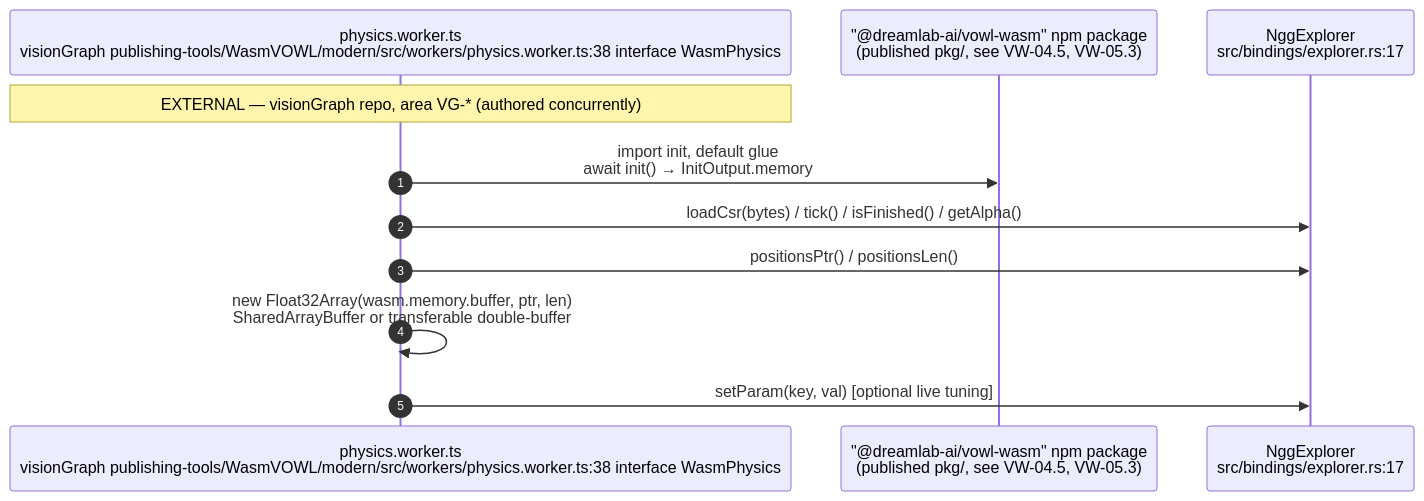
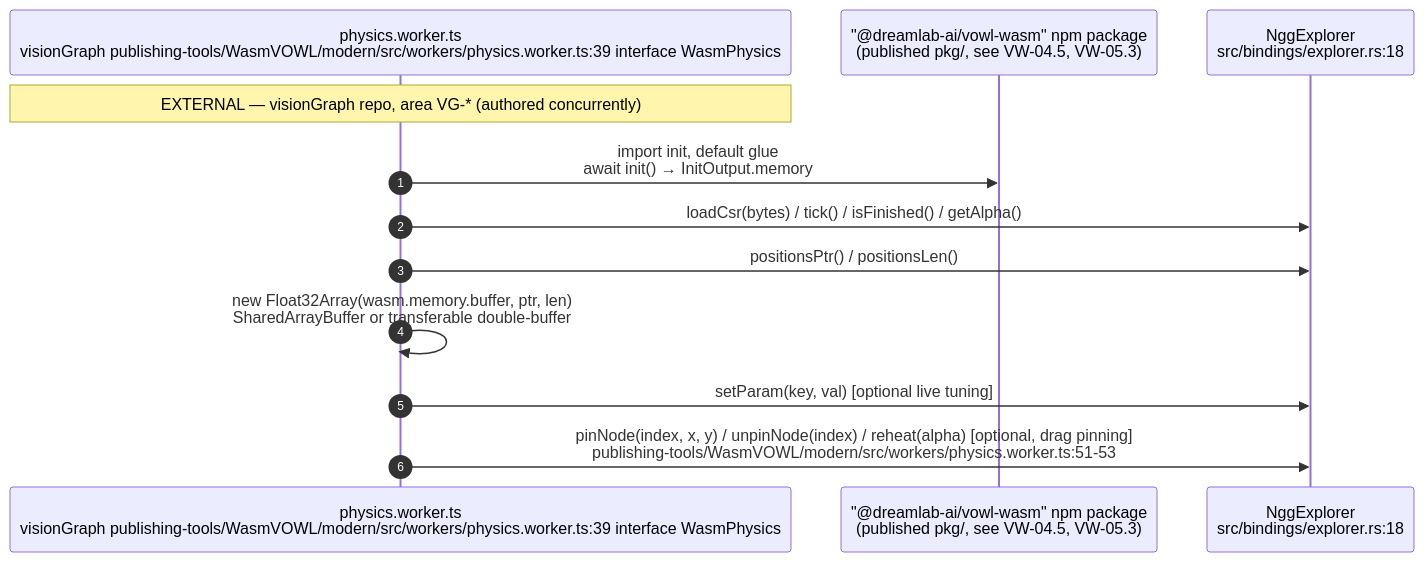
Before and after one commit to DreamLab-AI/VisionFlow: the fifth of 7 diagrams in docs/diagrams/vowl-wasm/04-js-api-examples-and-consumers.md, drawn with Mermaid. The commit also changed other lines of this file and 151 other files, not shown here.

````diff
--- a/docs/diagrams/vowl-wasm/04-js-api-examples-and-consumers.md
+++ b/docs/diagrams/vowl-wasm/04-js-api-examples-and-consumers.md
@@ -98,13 +98,14 @@
 ```mermaid
 sequenceDiagram
     autonumber
-    participant W as physics.worker.ts<br/>visionGraph publishing-tools/WasmVOWL/modern/src/workers/physics.worker.ts:38 interface WasmPhysics
+    participant W as physics.worker.ts<br/>visionGraph publishing-tools/WasmVOWL/modern/src/workers/physics.worker.ts:39 interface WasmPhysics
     participant PKG as "@dreamlab-ai/vowl-wasm" npm package<br/>(published pkg/, see VW-04.5, VW-05.3)
-    participant WA as NggExplorer<br/>src/bindings/explorer.rs:17
+    participant WA as NggExplorer<br/>src/bindings/explorer.rs:18
     Note over W: EXTERNAL — visionGraph repo, area VG-* (authored concurrently)
     W->>PKG: import init, default glue<br/>await init() → InitOutput.memory
     W->>WA: loadCsr(bytes) / tick() / isFinished() / getAlpha()
     W->>WA: positionsPtr() / positionsLen()
     W->>W: new Float32Array(wasm.memory.buffer, ptr, len)<br/>SharedArrayBuffer or transferable double-buffer
     W->>WA: setParam(key, val) [optional live tuning]
+    W->>WA: pinNode(index, x, y) / unpinNode(index) / reheat(alpha) [optional, drag pinning]<br/>publishing-tools/WasmVOWL/modern/src/workers/physics.worker.ts:51-53
 ```
````
